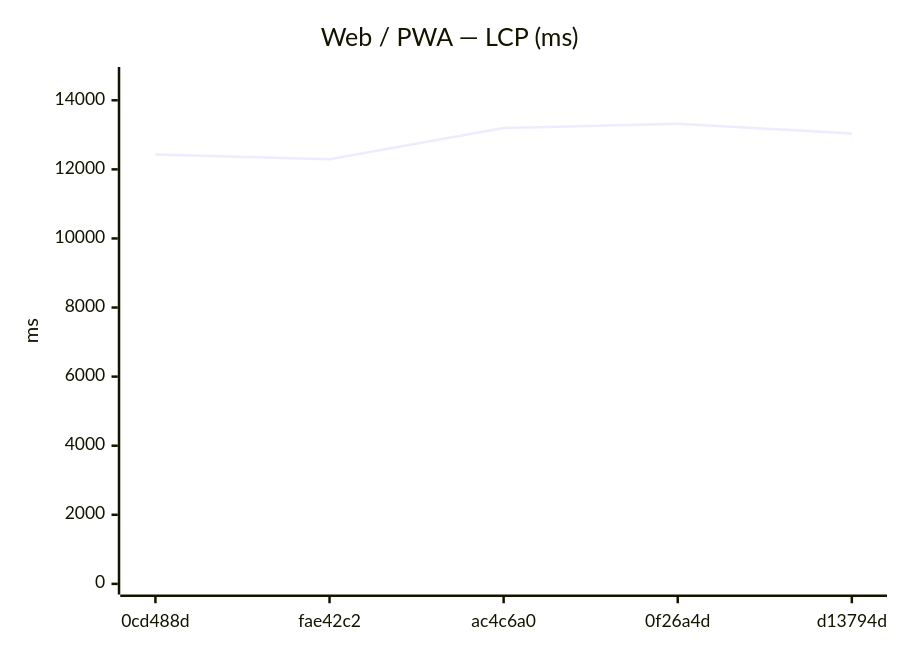
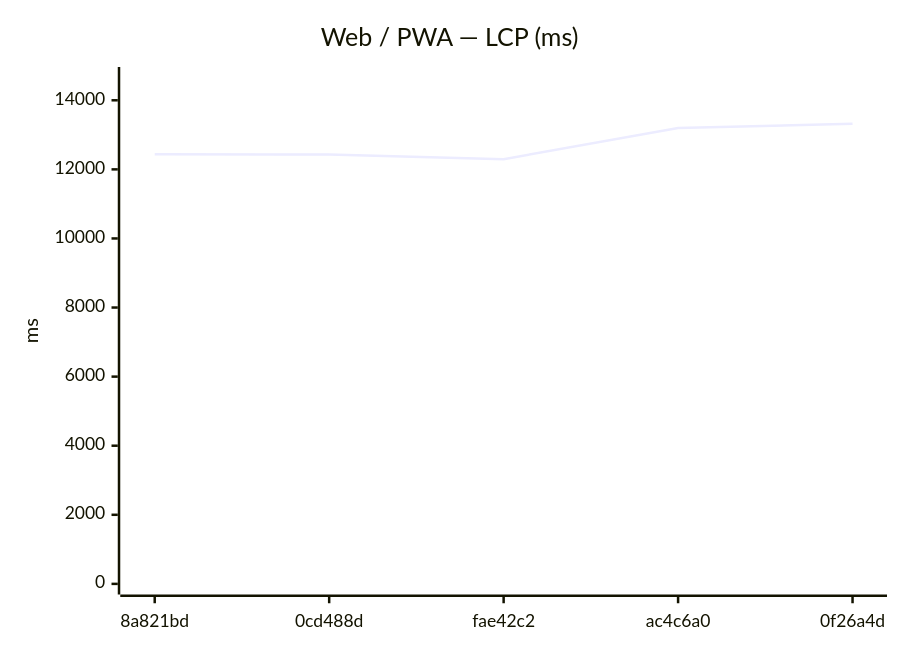
Before and after one commit to Metaheurist/Rianell: the seventh of 18 diagrams in benchmarks/compare.md, drawn with Mermaid. The commit also changed other lines of this file and 11 other files, not shown here.

````diff
--- a/benchmarks/compare.md
+++ b/benchmarks/compare.md
@@ -117,7 +117,7 @@
 ```mermaid
 xychart-beta
     title "Web / PWA — LCP (ms)"
-    x-axis ["0cd488d", "fae42c2", "ac4c6a0", "0f26a4d", "d13794d"]
+    x-axis ["8a821bd", "0cd488d", "fae42c2", "ac4c6a0", "0f26a4d"]
     y-axis "ms" 0 --> 14656
-    line [12430, 12295, 13197, 13323, 13038]
+    line [12437, 12430, 12295, 13197, 13323]
 ```
````
